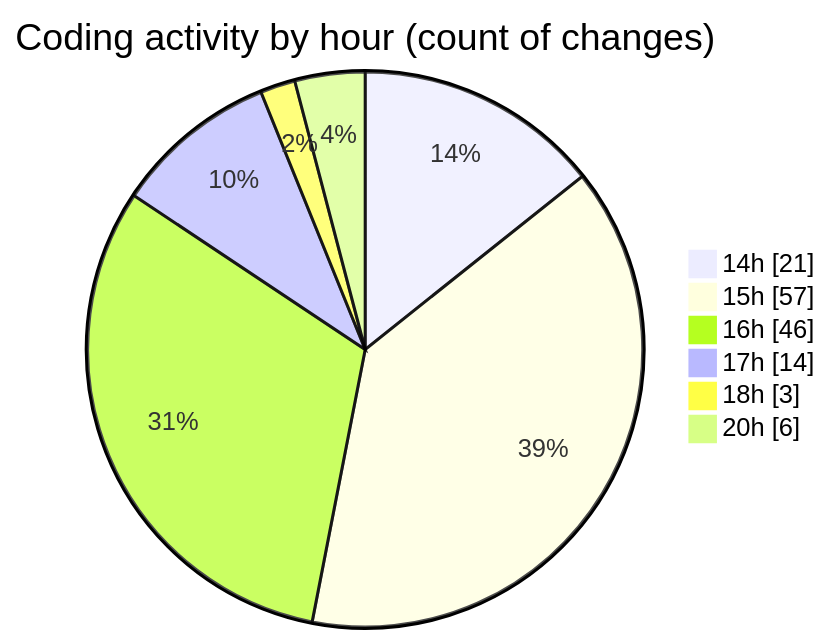
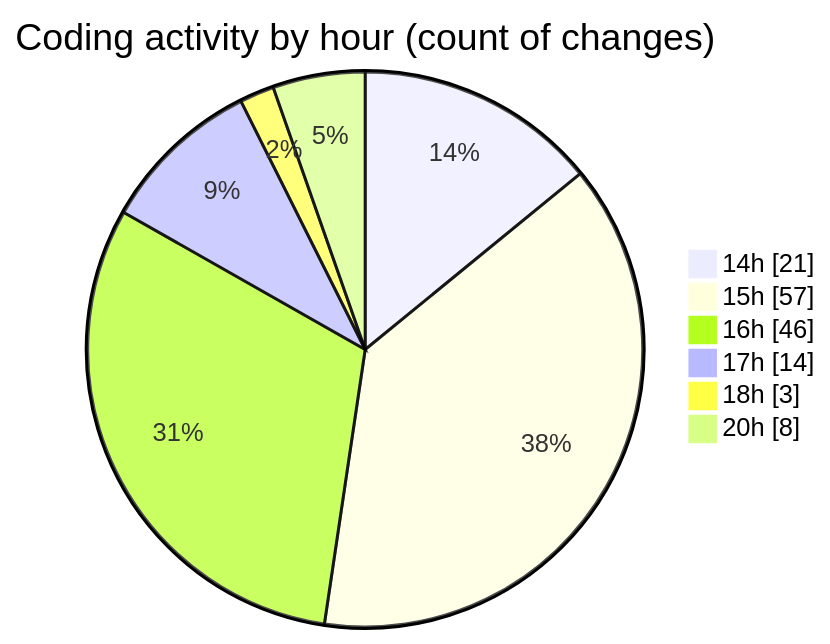
Before and after one commit to Ritupan-Deka/code-tracking: the second of 2 diagrams in 2025-05-24/projects/README.md, drawn with Mermaid. The commit also changed other lines of this file and 1 other file, not shown here.

````diff
--- a/2025-05-24/projects/README.md
+++ b/2025-05-24/projects/README.md
@@ -35,10 +35,10 @@
 ```mermaid
 pie showData
 title Coding activity by hour (count of changes)
 "14h" : 21
 "15h" : 57
 "16h" : 46
 "17h" : 14
 "18h" : 3
-"20h" : 6
+"20h" : 8
 ```
````
